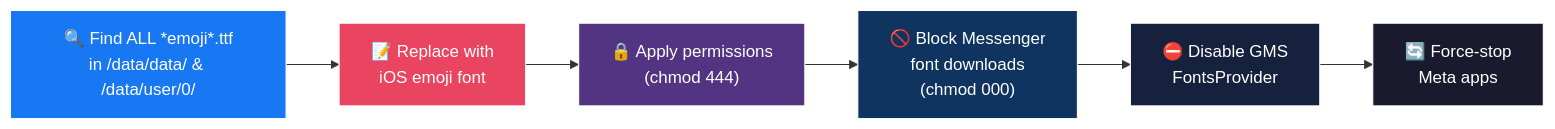
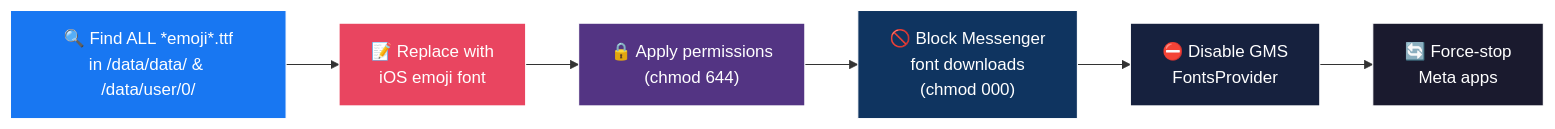
The second of 2 diagrams in README.md (antoniomalheirs/Sound_And_Emoji_IOS), drawn with Mermaid before and after one commit. The commit also changed other lines of this file, not shown here.

Commit message:
docs: audit and synchronize all README sections with current module architecture

````diff
--- a/README.md
+++ b/README.md
@@ -469,15 +465,15 @@
 ```mermaid
 graph LR
     A["🔍 Find ALL *emoji*.ttf<br/>in /data/data/ & /data/user/0/"] --> B["📝 Replace with<br/>iOS emoji font"]
-    B --> C["🔒 Apply permissions<br/>(chmod 444)"]
+    B --> C["🔒 Apply permissions<br/>(chmod 644)"]
     C --> D["🚫 Block Messenger<br/>font downloads<br/>(chmod 000)"]
     D --> E["⛔ Disable GMS<br/>FontsProvider"]
     E --> F["🔄 Force-stop<br/>Meta apps"]
 
     style A fill:#1877f2,stroke:#fff,color:#fff
     style B fill:#e94560,stroke:#fff,color:#fff
     style C fill:#533483,stroke:#fff,color:#fff
     style D fill:#0f3460,stroke:#fff,color:#fff
     style E fill:#16213e,stroke:#fff,color:#fff
     style F fill:#1a1a2e,stroke:#fff,color:#fff
 ```
````
